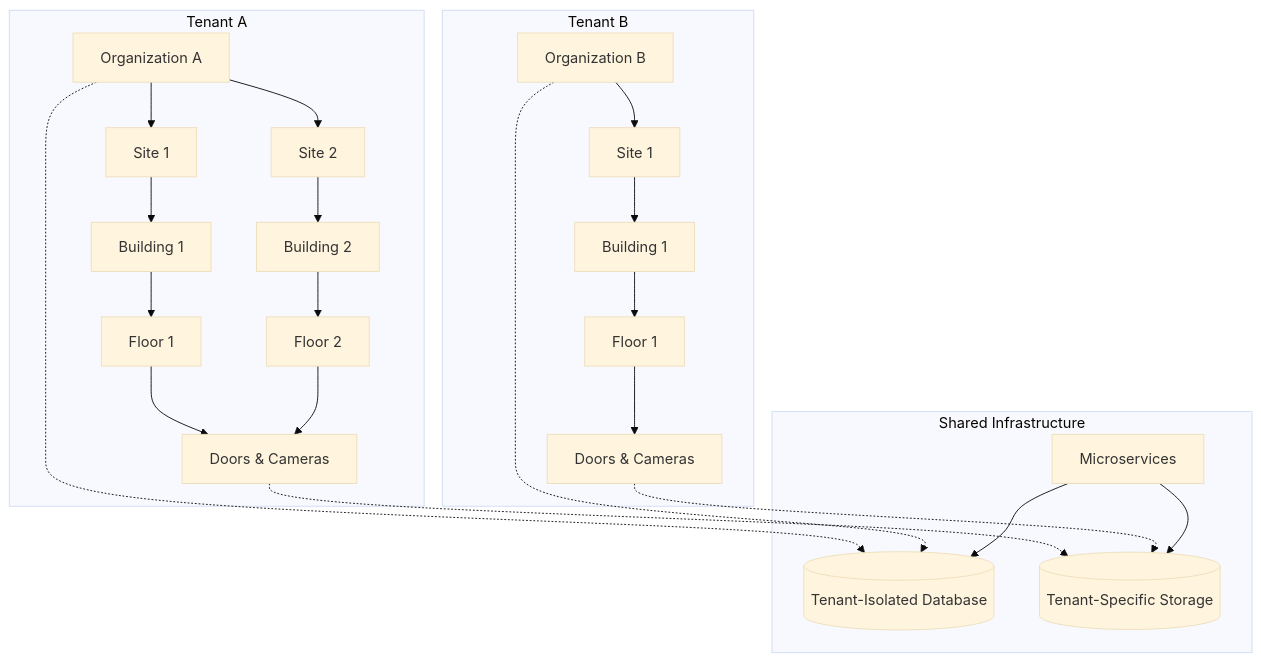
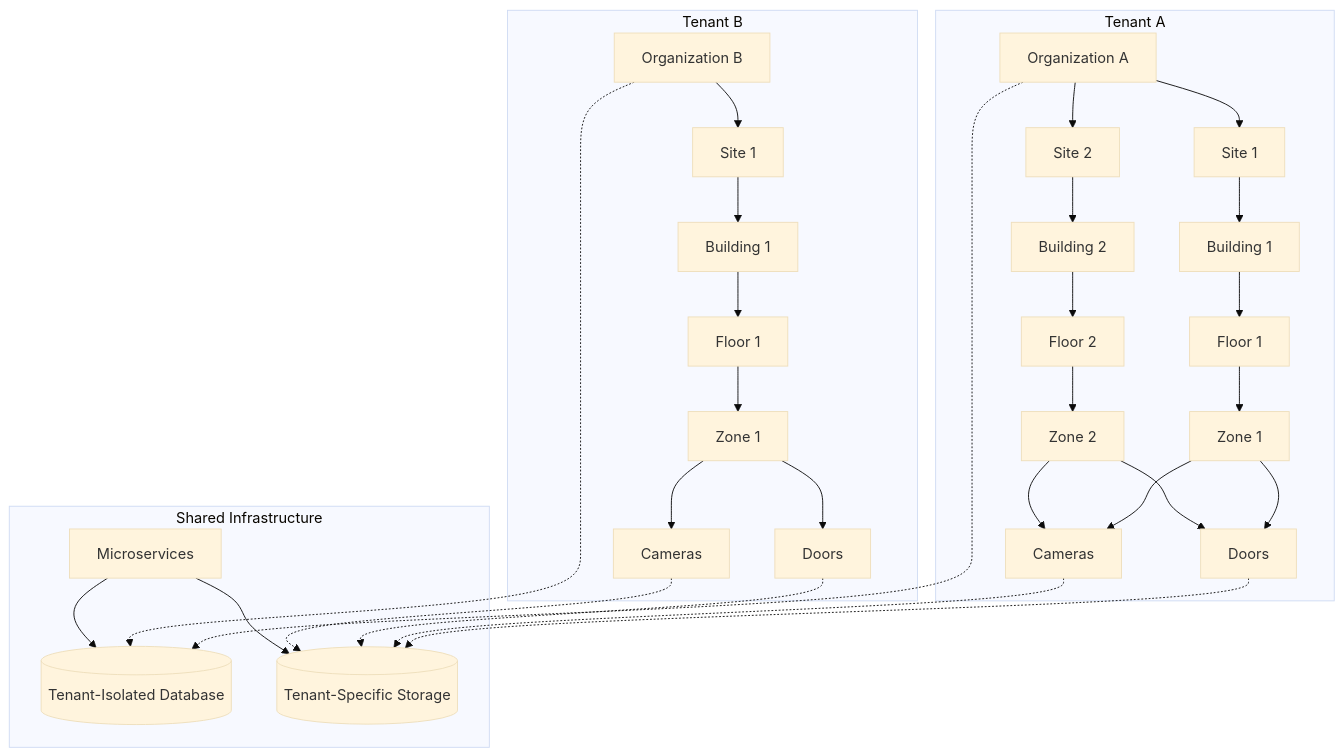
Before and after one commit to hasanakyol/sparc: the second of 5 diagrams in README.md, drawn with Mermaid (base theme). The commit also changed other lines of this file and 4 other files, not shown here.

````diff
--- a/README.md
+++ b/README.md
@@ -256,48 +298,61 @@
 ```mermaid
 graph TB
     subgraph "Tenant A"
         TA_ORG[Organization A]
         TA_SITE1[Site 1]
         TA_SITE2[Site 2]
         TA_BUILD1[Building 1]
         TA_BUILD2[Building 2]
         TA_FLOOR1[Floor 1]
         TA_FLOOR2[Floor 2]
-        TA_DOORS[Doors & Cameras]
+        TA_ZONE1[Zone 1]
+        TA_ZONE2[Zone 2]
+        TA_DOORS[Doors]
+        TA_CAMERAS[Cameras]
     end
     
     subgraph "Tenant B"
         TB_ORG[Organization B]
         TB_SITE1[Site 1]
         TB_BUILD1[Building 1]
         TB_FLOOR1[Floor 1]
-        TB_DOORS[Doors & Cameras]
+        TB_ZONE1[Zone 1]
+        TB_DOORS[Doors]
+        TB_CAMERAS[Cameras]
     end
     
     subgraph "Shared Infrastructure"
         SHARED_DB[(Tenant-Isolated Database)]
         SHARED_STORAGE[(Tenant-Specific Storage)]
         SHARED_SERVICES[Microservices]
     end
     
     TA_ORG --> TA_SITE1
     TA_ORG --> TA_SITE2
     TA_SITE1 --> TA_BUILD1
     TA_SITE2 --> TA_BUILD2
     TA_BUILD1 --> TA_FLOOR1
     TA_BUILD2 --> TA_FLOOR2
-    TA_FLOOR1 --> TA_DOORS
-    TA_FLOOR2 --> TA_DOORS
+    TA_FLOOR1 --> TA_ZONE1
+    TA_FLOOR2 --> TA_ZONE2
+    TA_ZONE1 --> TA_DOORS
+    TA_ZONE1 --> TA_CAMERAS
+    TA_ZONE2 --> TA_DOORS
+    TA_ZONE2 --> TA_CAMERAS
     
     TB_ORG --> TB_SITE1
     TB_SITE1 --> TB_BUILD1
     TB_BUILD1 --> TB_FLOOR1
-    TB_FLOOR1 --> TB_DOORS
+    TB_FLOOR1 --> TB_ZONE1
+    TB_ZONE1 --> TB_DOORS
+    TB_ZONE1 --> TB_CAMERAS
     
     TA_ORG -.-> SHARED_DB
     TB_ORG -.-> SHARED_DB
     TA_DOORS -.-> SHARED_STORAGE
+    TA_CAMERAS -.-> SHARED_STORAGE
     TB_DOORS -.-> SHARED_STORAGE
+    TB_CAMERAS -.-> SHARED_STORAGE
     SHARED_SERVICES --> SHARED_DB
     SHARED_SERVICES --> SHARED_STORAGE
 ```
````
